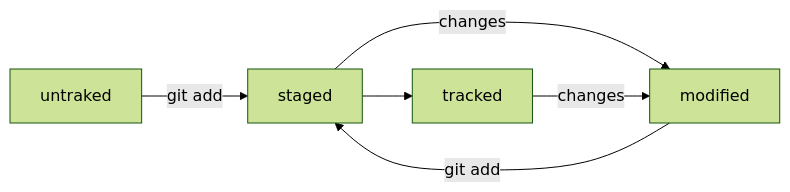
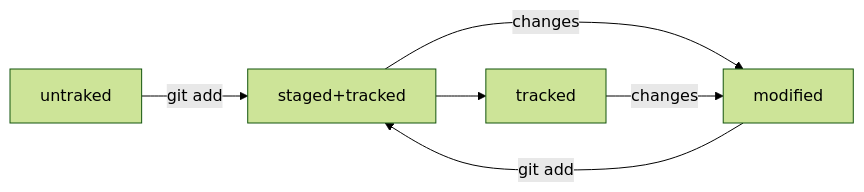
One commit to KiselevAlecksey/gitInfo changed the diagram in README.md. Above: the diagram before and after it, drawn with Mermaid (forest theme).

Commit message:
fix scheme mermaid

````diff
--- a/README.md
+++ b/README.md
@@ -404,8 +404,8 @@
 ```mermaid
 graph LR;
-    untraked -- "git add" --> staged;
-    staged --> tracked;
-    staged -- "changes" --> modified;
-    modified -- "git add" --> staged;
+    untraked -- "git add" --> staged+tracked;
+    staged+tracked --> tracked;
+    staged+tracked -- "changes" --> modified;
+    modified -- "git add" --> staged+tracked;
     tracked -- "changes" --> modified;
 ```
````
